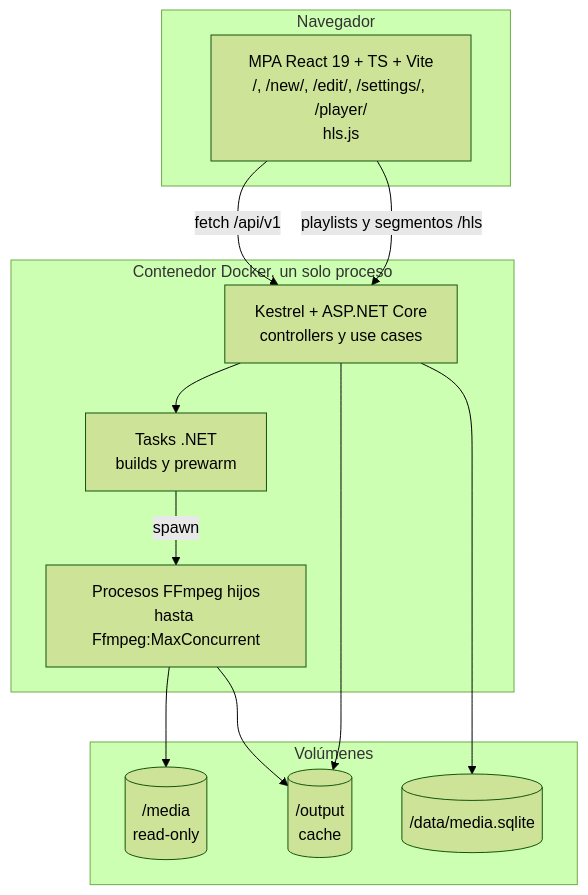
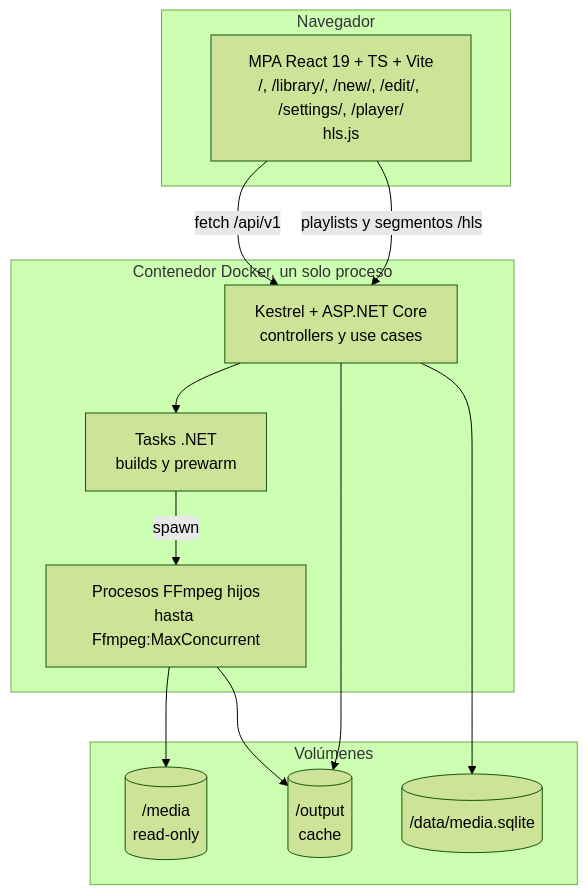
Before and after one commit to Juan045/home-stream-app: the second of 15 diagrams in system_arquitecture.md, drawn with Mermaid (forest theme). The commit also changed 18 other files, not shown here.

````diff
--- a/system_arquitecture.md
+++ b/system_arquitecture.md
@@ -80,27 +80,27 @@
 ```mermaid
 flowchart TB
     subgraph nav["Navegador"]
-        MPA["MPA React 19 + TS + Vite<br/>/, /new/, /edit/, /settings/, /player/<br/>hls.js"]
+        MPA["MPA React 19 + TS + Vite<br/>/, /library/, /new/, /edit/, /settings/, /player/<br/>hls.js"]
     end
 
     subgraph docker["Contenedor Docker, un solo proceso"]
         KES["Kestrel + ASP.NET Core<br/>controllers y use cases"]
         TASKS["Tasks .NET<br/>builds y prewarm"]
         PROC["Procesos FFmpeg hijos<br/>hasta Ffmpeg:MaxConcurrent"]
     end
 
     subgraph vol["Volúmenes"]
         MR[("/media<br/>read-only")]
         OUT[("/output<br/>cache")]
         DATA[("/data/media.sqlite")]
     end
 
     MPA -->|"fetch /api/v1"| KES
     MPA -->|"playlists y segmentos /hls"| KES
     KES --> TASKS
     TASKS -->|"spawn"| PROC
     PROC --> MR
     PROC --> OUT
     KES --> OUT
     KES --> DATA
 ```
````
